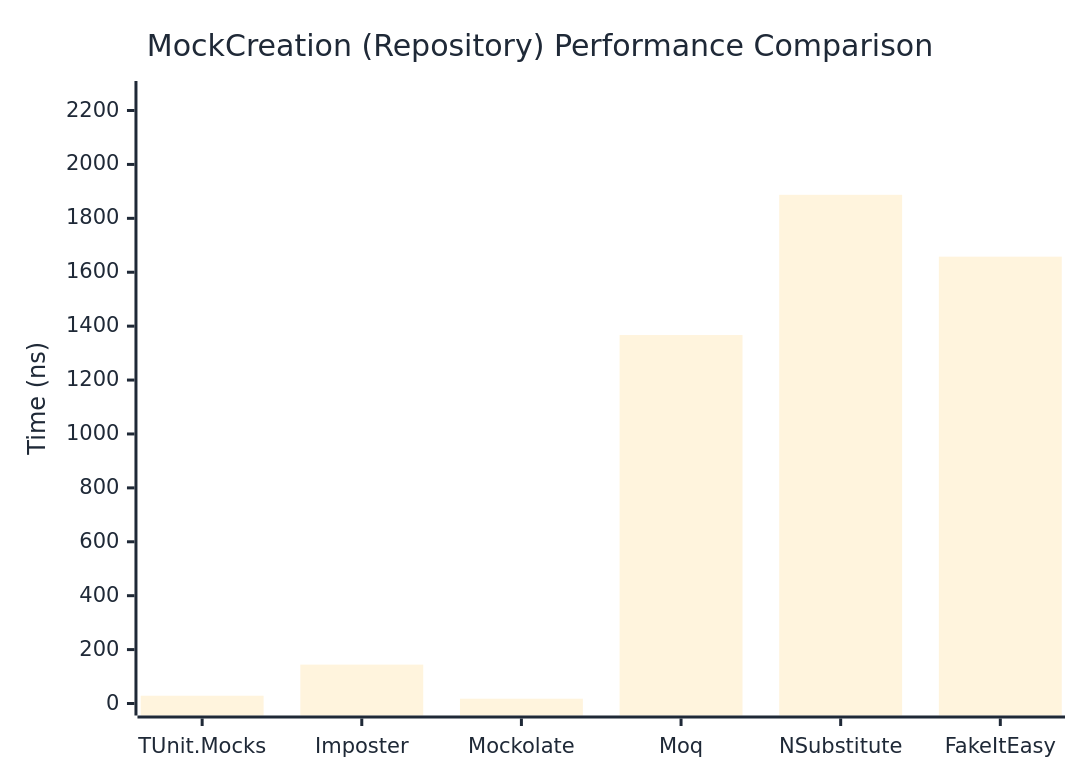
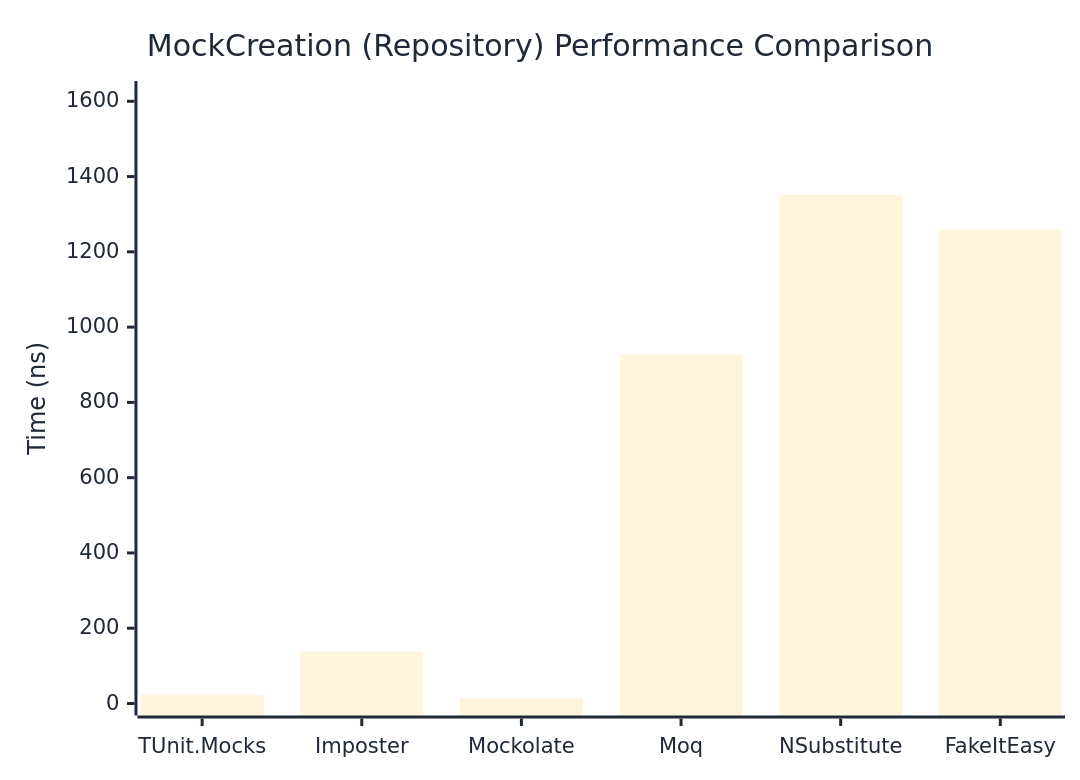
The second of 2 diagrams in docs/docs/benchmarks/mocks/MockCreation.md (thomhurst/TUnit), drawn with Mermaid before and after one commit. The commit also changed other lines of this file and 14 other files, not shown here.

````diff
--- a/docs/docs/benchmarks/mocks/MockCreation.md
+++ b/docs/docs/benchmarks/mocks/MockCreation.md
@@ -71,27 +71,27 @@
 ```mermaid
 %%{init: {
   'theme':'base',
   'themeVariables': {
     'primaryColor': '#2563eb',
     'primaryTextColor': '#1f2937',
     'primaryBorderColor': '#1e40af',
     'lineColor': '#6b7280',
     'secondaryColor': '#7c3aed',
     'tertiaryColor': '#dc2626',
     'background': '#ffffff',
     'pie1': '#2563eb',
     'pie2': '#7c3aed',
     'pie3': '#dc2626',
     'pie4': '#f59e0b',
     'pie5': '#10b981',
     'pie6': '#06b6d4',
     'pie7': '#ec4899',
     'pie8': '#6366f1'
   }
 }}%%
 xychart-beta
   title "MockCreation (Repository) Performance Comparison"
   x-axis ["TUnit.Mocks", "Imposter", "Mockolate", "Moq", "NSubstitute", "FakeItEasy"]
-  y-axis "Time (ns)" 0 --> 2265
-  bar [28.77, 144.28, 17.79, 1366.95, 1887.2, 1657.78]
+  y-axis "Time (ns)" 0 --> 1622
+  bar [23.09, 138.27, 14.05, 927.31, 1350.85, 1259.15]
 ```
````
